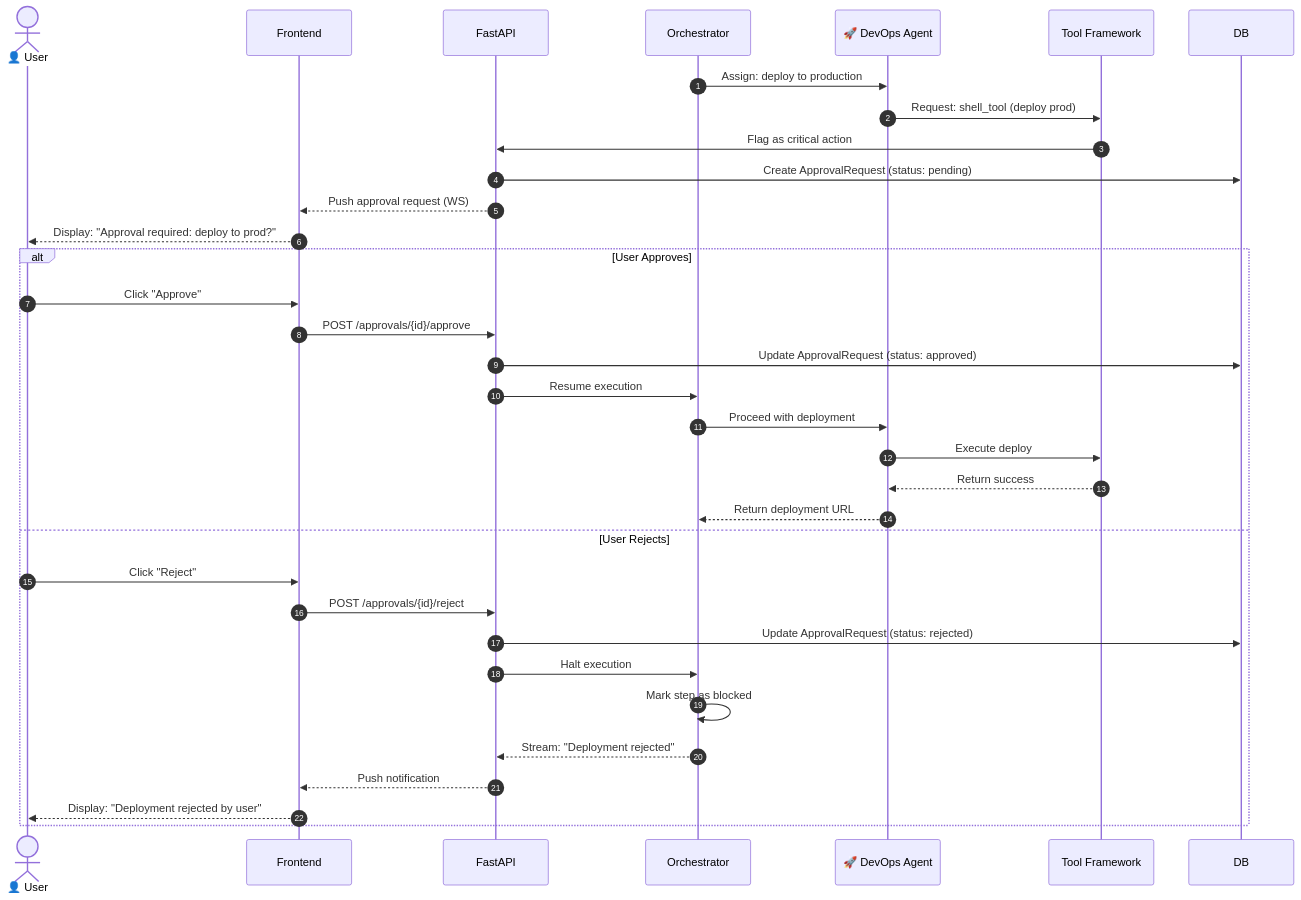
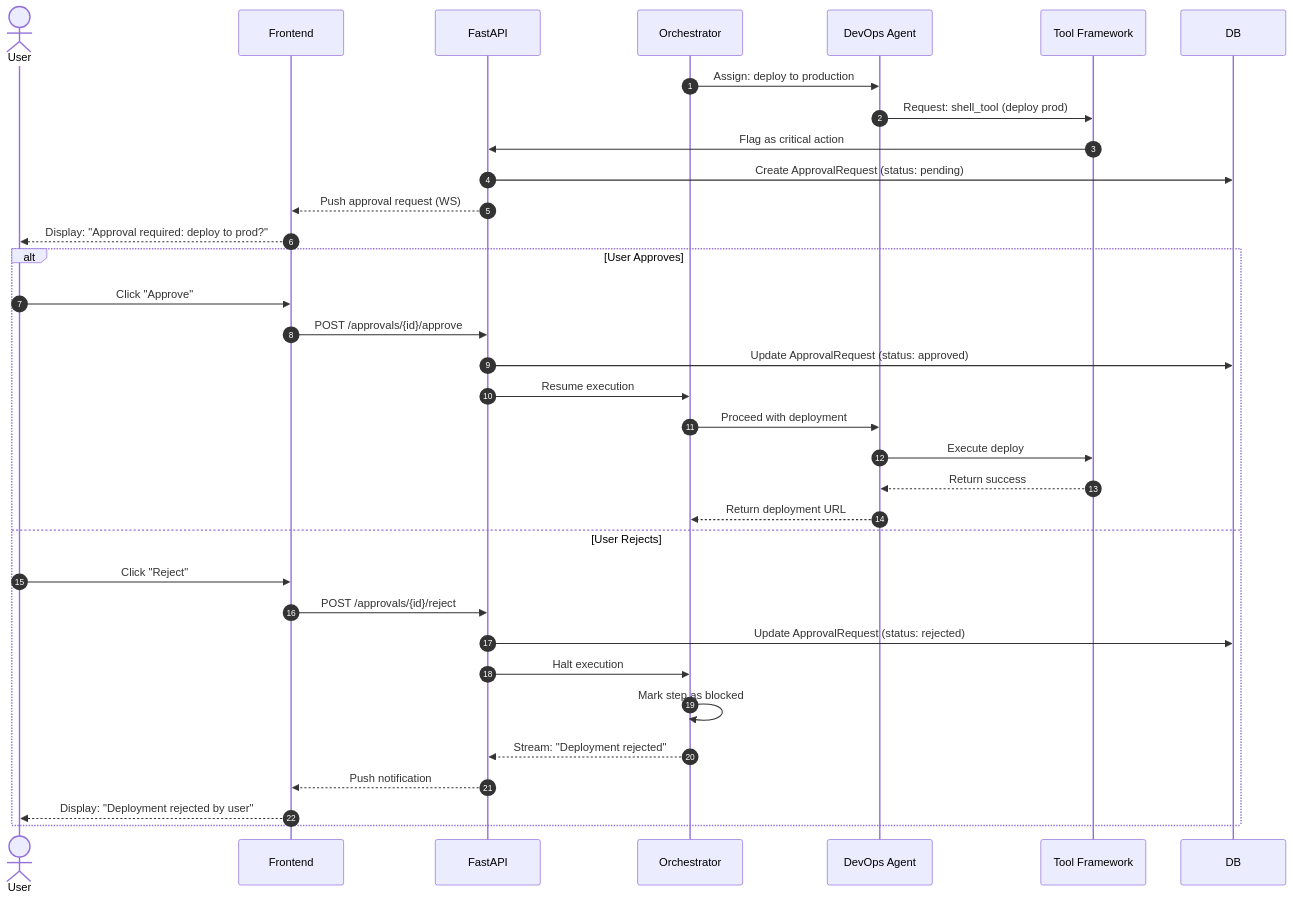
The second of 3 diagrams in docs/sequence-diagram.md (zainsardar-tech/zarix-agentos), drawn with Mermaid before and after one commit. The commit also changed other lines of this file and 9 other files, not shown here.

Commit message:
fix diagram alignment and formatting

````diff
--- a/docs/sequence-diagram.md
+++ b/docs/sequence-diagram.md
@@ -133,37 +133,37 @@
 ```mermaid
 sequenceDiagram
-    autonumber
-    actor U as 👤 User
-    participant FE as Frontend
-    participant API as FastAPI
-    participant ORCH as Orchestrator
-    participant OPS as 🚀 DevOps Agent
-    participant TOOLS as Tool Framework
+  autonumber
+  actor U as  User
+  participant FE as Frontend
+  participant API as FastAPI
+  participant ORCH as Orchestrator
+  participant OPS as  DevOps Agent
+  participant TOOLS as Tool Framework
 
-    ORCH->>OPS: Assign: deploy to production
-    OPS->>TOOLS: Request: shell_tool (deploy prod)
-    TOOLS->>API: Flag as critical action
-    API->>DB: Create ApprovalRequest (status: pending)
-    API-->>FE: Push approval request (WS)
-    FE-->>U: Display: "Approval required: deploy to prod?"
+  ORCH->>OPS: Assign: deploy to production
+  OPS->>TOOLS: Request: shell_tool (deploy prod)
+  TOOLS->>API: Flag as critical action
+  API->>DB: Create ApprovalRequest (status: pending)
+  API-->>FE: Push approval request (WS)
+  FE-->>U: Display: "Approval required: deploy to prod?"
 
-    alt User Approves
-        U->>FE: Click "Approve"
-        FE->>API: POST /approvals/{id}/approve
-        API->>DB: Update ApprovalRequest (status: approved)
-        API->>ORCH: Resume execution
-        ORCH->>OPS: Proceed with deployment
-        OPS->>TOOLS: Execute deploy
-        TOOLS-->>OPS: Return success
-        OPS-->>ORCH: Return deployment URL
-    else User Rejects
-        U->>FE: Click "Reject"
-        FE->>API: POST /approvals/{id}/reject
-        API->>DB: Update ApprovalRequest (status: rejected)
-        API->>ORCH: Halt execution
-        ORCH->>ORCH: Mark step as blocked
-        ORCH-->>API: Stream: "Deployment rejected"
-        API-->>FE: Push notification
-        FE-->>U: Display: "Deployment rejected by user"
-    end
+  alt User Approves
+  U->>FE: Click "Approve"
+  FE->>API: POST /approvals/{id}/approve
+  API->>DB: Update ApprovalRequest (status: approved)
+  API->>ORCH: Resume execution
+  ORCH->>OPS: Proceed with deployment
+  OPS->>TOOLS: Execute deploy
+  TOOLS-->>OPS: Return success
+  OPS-->>ORCH: Return deployment URL
+  else User Rejects
+  U->>FE: Click "Reject"
+  FE->>API: POST /approvals/{id}/reject
+  API->>DB: Update ApprovalRequest (status: rejected)
+  API->>ORCH: Halt execution
+  ORCH->>ORCH: Mark step as blocked
+  ORCH-->>API: Stream: "Deployment rejected"
+  API-->>FE: Push notification
+  FE-->>U: Display: "Deployment rejected by user"
+  end
 ```
````
